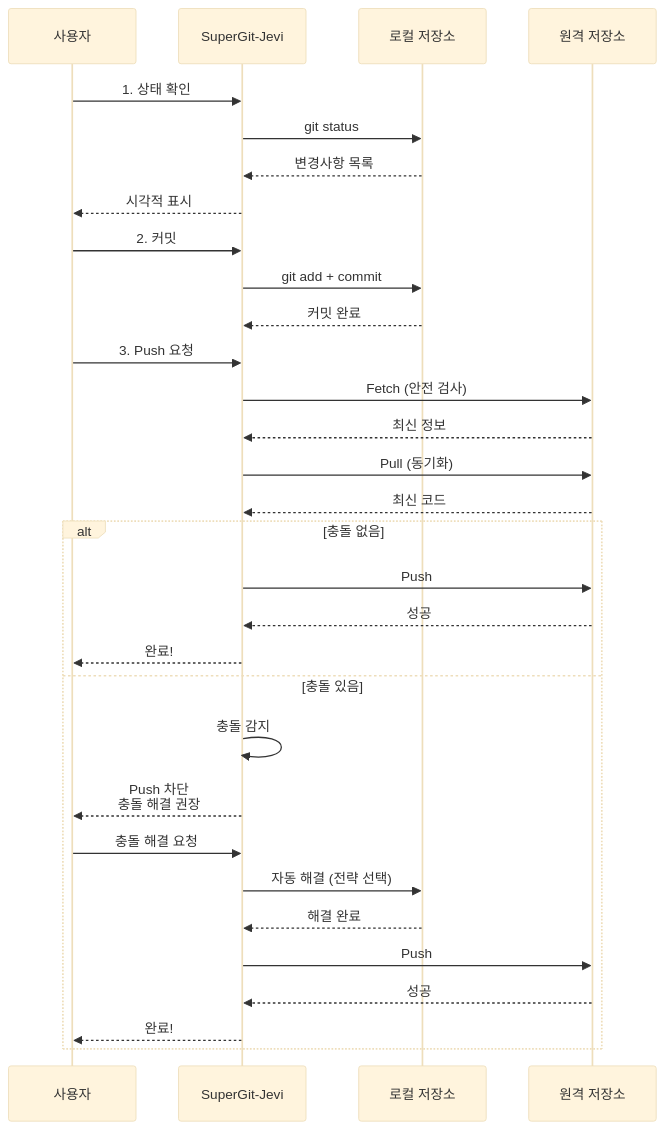
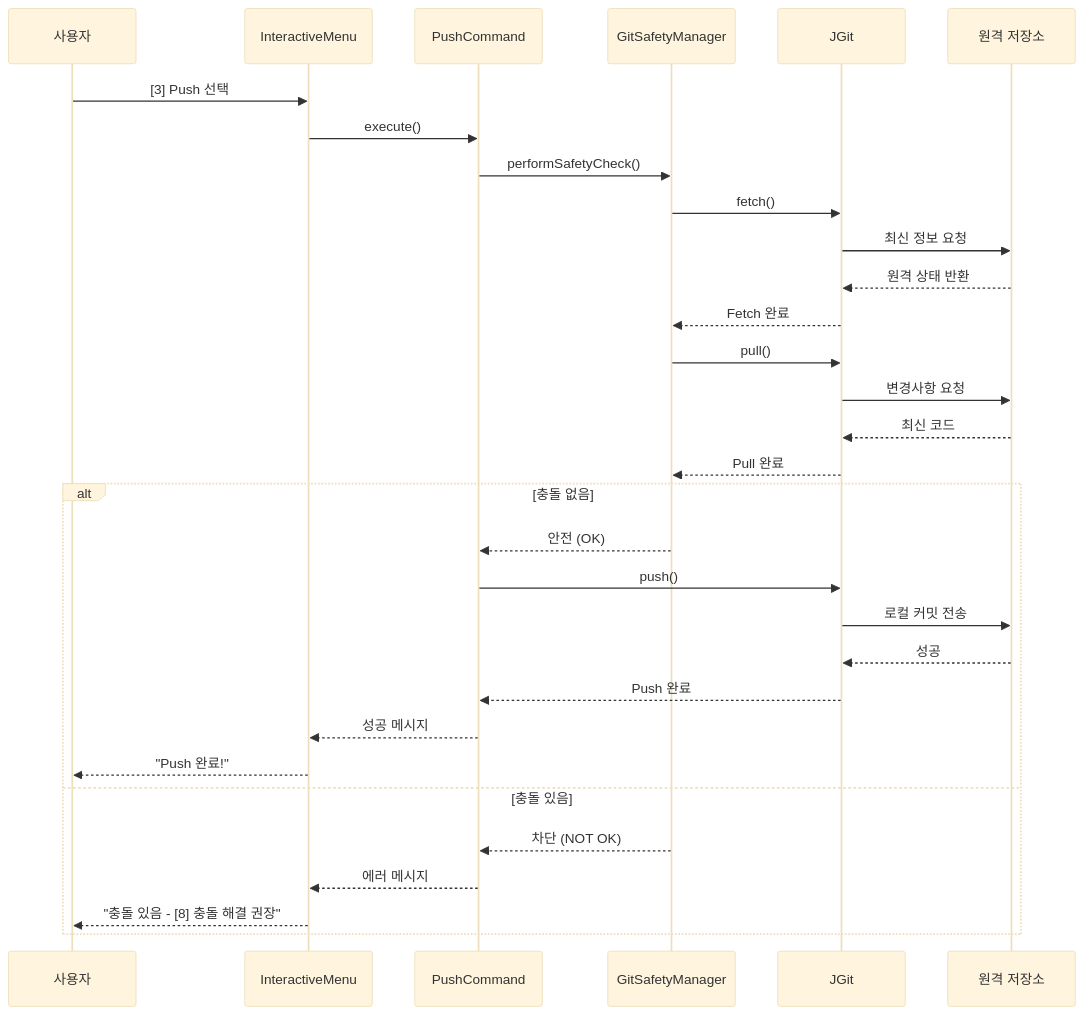
Before and after one commit to hslcrb/Su-pergit-jevi: the sixth of 10 diagrams in README.md, drawn with Mermaid (base theme). The commit also changed other lines of this file and 1 other file, not shown here.

````diff
--- a/README.md
+++ b/README.md
@@ -117,37 +503,37 @@
 ```mermaid
 sequenceDiagram
     participant User as 사용자
-    participant Jevi as SuperGit-Jevi
-    participant Local as 로컬 저장소
+    participant Menu as InteractiveMenu
+    participant Push as PushCommand
+    participant Safety as GitSafetyManager
+    participant Git as JGit
     participant Remote as 원격 저장소
     
-    User->>Jevi: 1. 상태 확인
-    Jevi->>Local: git status
-    Local-->>Jevi: 변경사항 목록
-    Jevi-->>User: 시각적 표시
+    User->>Menu: [3] Push 선택
+    Menu->>Push: execute()
+    Push->>Safety: performSafetyCheck()
     
-    User->>Jevi: 2. 커밋
-    Jevi->>Local: git add + commit
-    Local-->>Jevi: 커밋 완료
+    Safety->>Git: fetch()
+    Git->>Remote: 최신 정보 요청
+    Remote-->>Git: 원격 상태 반환
+    Git-->>Safety: Fetch 완료
     
-    User->>Jevi: 3. Push 요청
-    Jevi->>Remote: Fetch (안전 검사)
-    Remote-->>Jevi: 최신 정보
-    Jevi->>Remote: Pull (동기화)
-    Remote-->>Jevi: 최신 코드
+    Safety->>Git: pull()
+    Git->>Remote: 변경사항 요청
+    Remote-->>Git: 최신 코드
+    Git-->>Safety: Pull 완료
     
     alt 충돌 없음
-        Jevi->>Remote: Push
-        Remote-->>Jevi: 성공
-        Jevi-->>User: 완료!
+        Safety-->>Push: 안전 (OK)
+        Push->>Git: push()
+        Git->>Remote: 로컬 커밋 전송
+        Remote-->>Git: 성공
+        Git-->>Push: Push 완료
+        Push-->>Menu: 성공 메시지
+        Menu-->>User: "Push 완료!"
     else 충돌 있음
-        Jevi->>Jevi: 충돌 감지
-        Jevi-->>User: Push 차단<br/>충돌 해결 권장
-        User->>Jevi: 충돌 해결 요청
-        Jevi->>Local: 자동 해결 (전략 선택)
-        Local-->>Jevi: 해결 완료
-        Jevi->>Remote: Push
-        Remote-->>Jevi: 성공
-        Jevi-->>User: 완료!
+        Safety-->>Push: 차단 (NOT OK)
+        Push-->>Menu: 에러 메시지
+        Menu-->>User: "충돌 있음 - [8] 충돌 해결 권장"
     end
 ```
````
